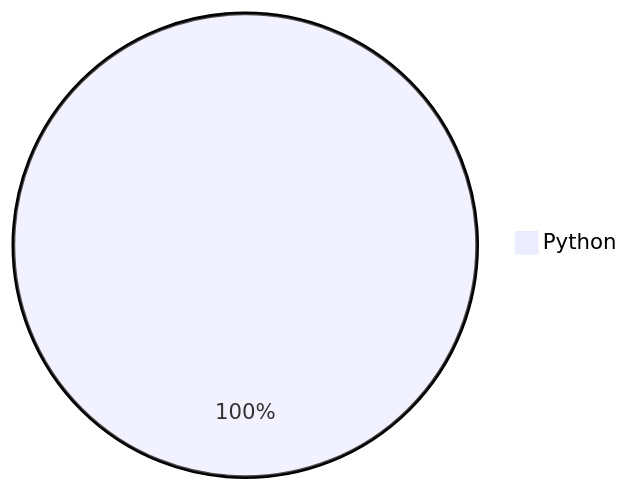
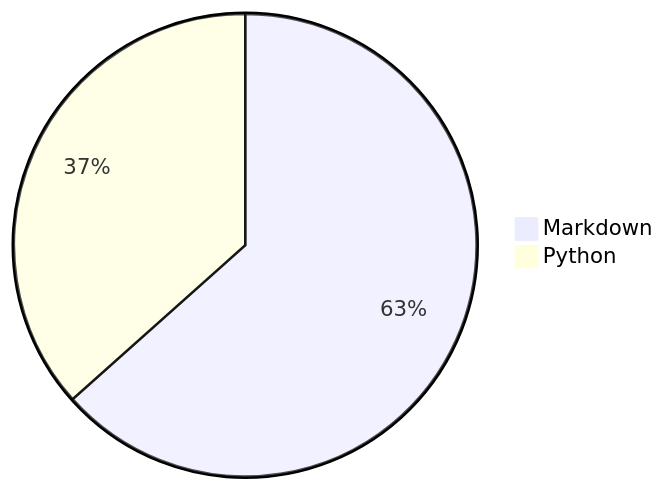
The diagram in README.md (Alicia111/alicia111), drawn with Mermaid before and after one commit.

Commit message:
Update WakaTime stats (・ω・)b

````diff
--- a/README.md
+++ b/README.md
@@ -32,4 +32,5 @@
 ```mermaid
 pie
-    "Python" : 100.0
+    "Markdown" : 63.41
+    "Python" : 36.59
 ```
````
